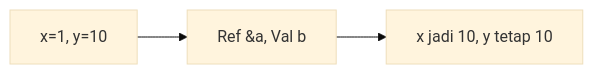
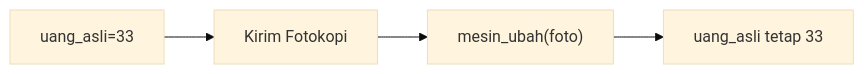
The fourth of 25 diagrams in part-c-pemahaman-cpp/04-fungsi/latihan/set-07.md (amnahwaida/OSNK_INF_PREP), drawn with Mermaid (base theme) before and after one commit. The commit also changed other lines of this file and 71 other files, not shown here.

````diff
--- a/part-c-pemahaman-cpp/04-fungsi/latihan/set-07.md
+++ b/part-c-pemahaman-cpp/04-fungsi/latihan/set-07.md
@@ -100,5 +105,6 @@
 ```mermaid
 graph LR
-A["x=1, y=10"] --> B["Ref &a, Val b"]
-B --> C["x jadi 10, y tetap 10"]
+A["uang_asli=33"] --> B["Kirim Fotokopi"]
+B --> C["mesin_ubah(foto)"]
+C --> D["uang_asli tetap 33"]
 ```
````
